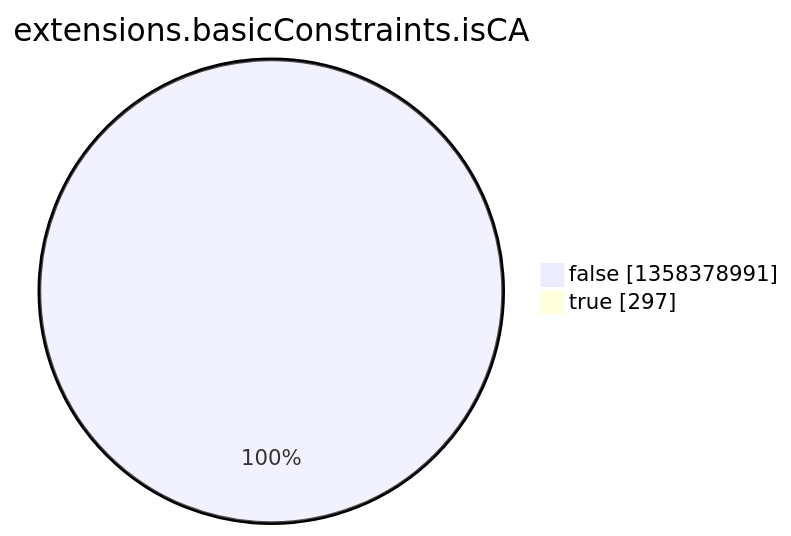
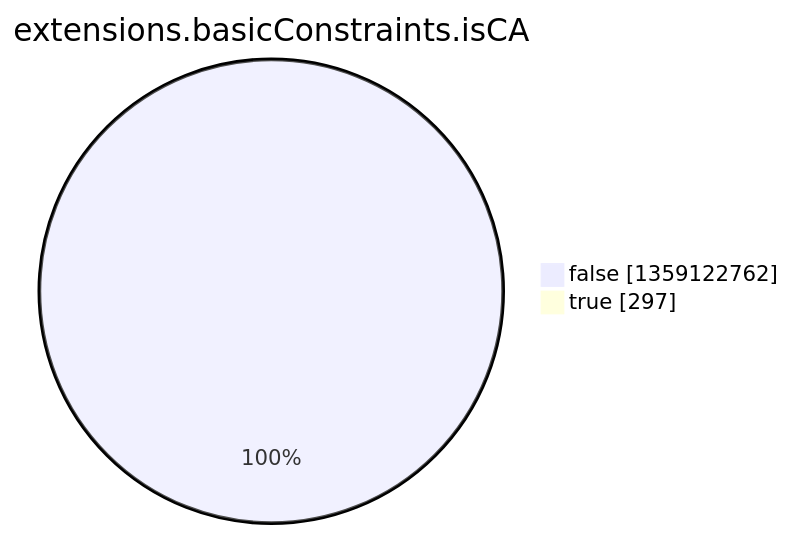
The eighth of 15 diagrams in argon2022/README.md (christiankrug/ctmonitor_visualization), drawn with Mermaid before and after one commit. The commit also changed other lines of this file, not shown here.

````diff
--- a/argon2022/README.md
+++ b/argon2022/README.md
@@ -2758,6 +2758,6 @@
 ```mermaid
 pie showData
 title extensions.basicConstraints.isCA
-"false" :1358378991
+"false" :1359122762
 "true" :297
 ```
````
